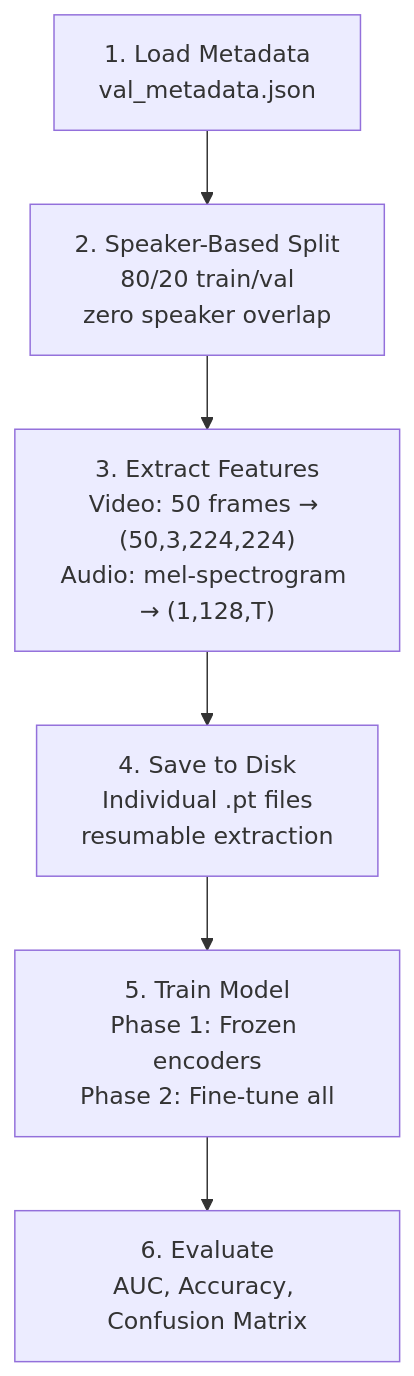
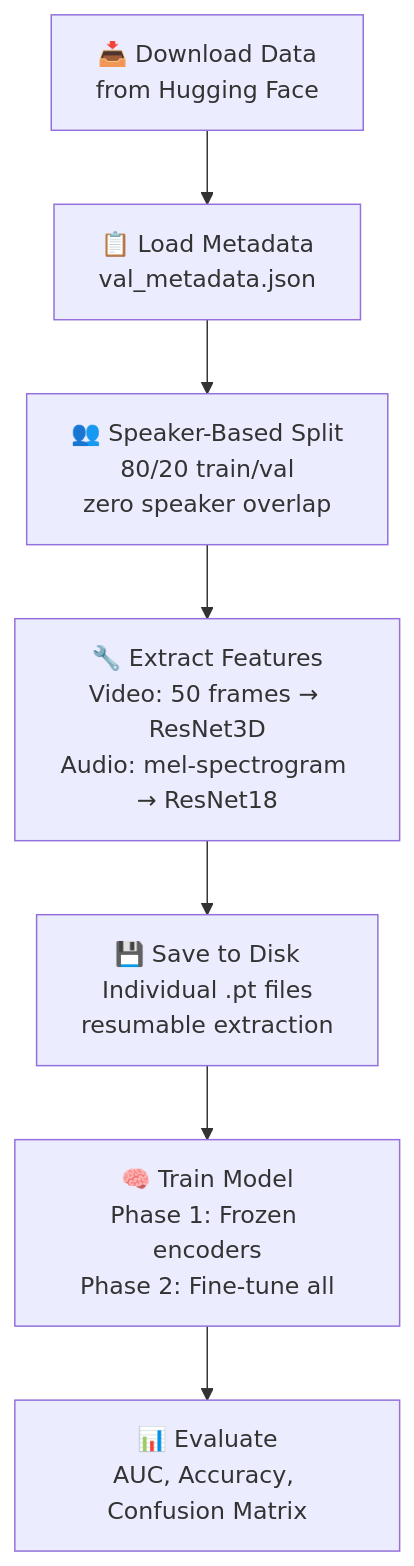
One commit to Jasmipreethi/Deepfake changed the first of 2 diagrams in README.md. Above: the diagram before and after it, drawn with Mermaid. The commit also changed other lines of this file and 3 other files, not shown here.

Commit message:
Added transformer architecture for GPU.

````diff
--- a/README.md
+++ b/README.md
@@ -7,8 +33,9 @@
 ```mermaid
 flowchart TD
-    A["1. Load Metadata\nval_metadata.json"] --> B["2. Speaker-Based Split\n80/20 train/val\nzero speaker overlap"]
-    B --> C["3. Extract Features\nVideo: 50 frames → (50,3,224,224)\nAudio: mel-spectrogram → (1,128,T)"]
-    C --> D["4. Save to Disk\nIndividual .pt files\nresumable extraction"]
-    D --> E["5. Train Model\nPhase 1: Frozen encoders\nPhase 2: Fine-tune all"]
-    E --> F["6. Evaluate\nAUC, Accuracy, Confusion Matrix"]
+    A["📥 Download Data\nfrom Hugging Face"] --> B["📋 Load Metadata\nval_metadata.json"]
+    B --> C["👥 Speaker-Based Split\n80/20 train/val\nzero speaker overlap"]
+    C --> D["🔧 Extract Features\nVideo: 50 frames → ResNet3D\nAudio: mel-spectrogram → ResNet18"]
+    D --> E["💾 Save to Disk\nIndividual .pt files\nresumable extraction"]
+    E --> F["🧠 Train Model\nPhase 1: Frozen encoders\nPhase 2: Fine-tune all"]
+    F --> G["📊 Evaluate\nAUC, Accuracy, Confusion Matrix"]
 ```
````
